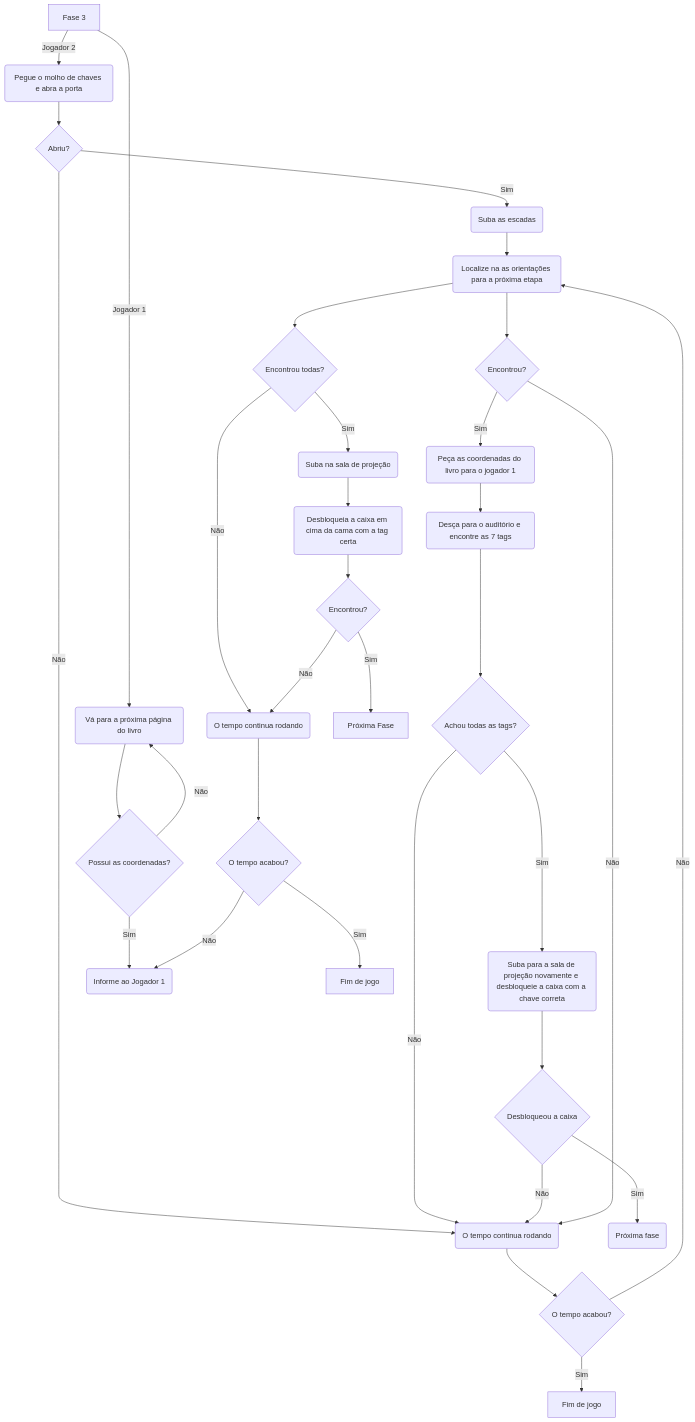
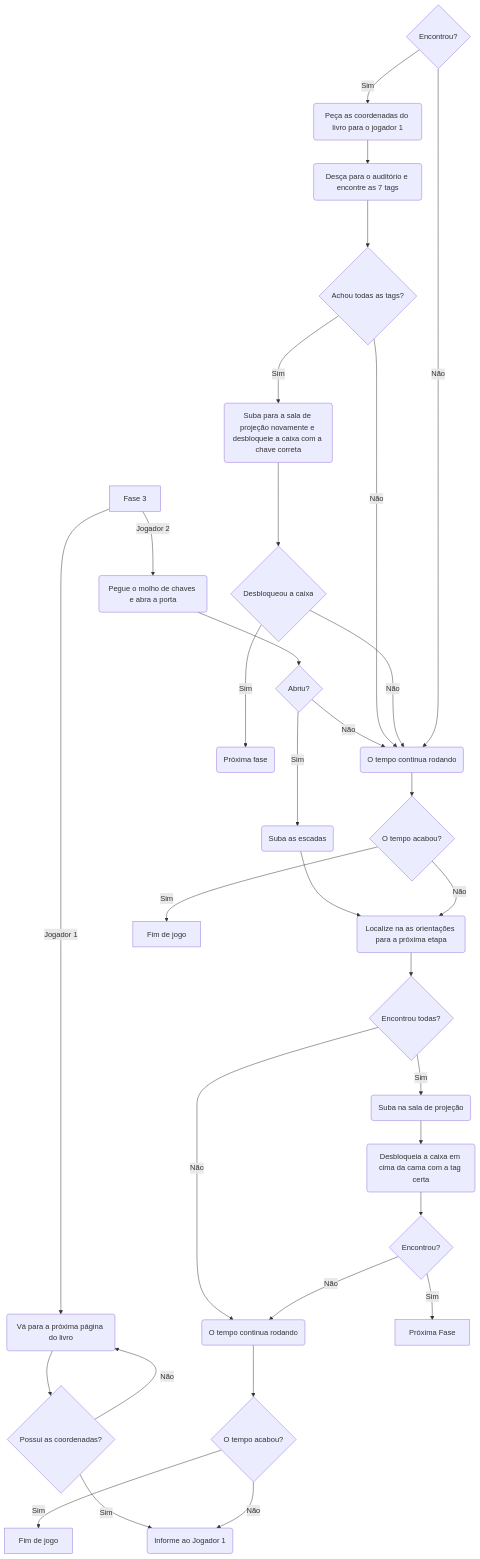
The fourth of 4 diagrams in README.md (DinamicCreative/EscapeRoom), drawn with Mermaid before and after one commit.

````diff
--- a/README.md
+++ b/README.md
@@ -110,45 +110,44 @@
 ```mermaid
 flowchart TD
   AA[Fase 3]
   AA --> |Jogador 1| BB(Vá para a próxima página do livro)
   AA --> |Jogador 2| CC(Pegue o molho de chaves e abra a porta)
   CC --> DD{Abriu?}
  
  DD --> |Sim| EE(Suba as escadas)
 DD --> |Não| HH
 
 
  EE --> JJ(Localize na as orientações para a próxima etapa)
- JJ --> KK{Encontrou?}
- KK --> |Sim| LL(Peça as coordenadas do livro para o jogador 1)
+ KK{Encontrou?} --> |Sim| LL(Peça as coordenadas do livro para o jogador 1)
  LL --> AAA(Desça para o auditório e encontre as 7 tags)
  AAA ---> BBB{Achou todas as tags?}
  BBB ---> |Não| HH
  BBB ---> |Sim| CCC(Suba para a sala de projeção novamente e desbloqueie a caixa com a chave correta)
  CCC ---> DDD{Desbloqueou a caixa}
  DDD ---> |Sim| EEE(Próxima fase)
  DDD ---> |Não| HH
  KK --> |Não| HH(O tempo continua rodando)
   HH --> MM{O tempo acabou?}
   MM --> |Sim| II[Fim de jogo]
   MM --> |Não| JJ
 
 
 BB --> RR{Possui as coordenadas?}
 RR -->  |Sim| SS(Informe ao Jogador 1)
 RR -->  |Não| BB
 
 JJ --> UU{Encontrou todas?}
 UU --> |Sim|PP(Suba na sala de projeção)
 UU --> |Não| QQ(O tempo continua rodando)
   QQ --> VV{O tempo acabou?}
   VV --> |Sim| WW[Fim de jogo]
   VV --> |Não| SS
 
 
   PP --> ZZ(Desbloqueia a caixa em cima da cama com a tag certa)
   ZZ --> XX{Encontrou?}
   XX --> |Não|QQ
   XX --> |Sim| OO[Próxima Fase]
 
 ```
````
